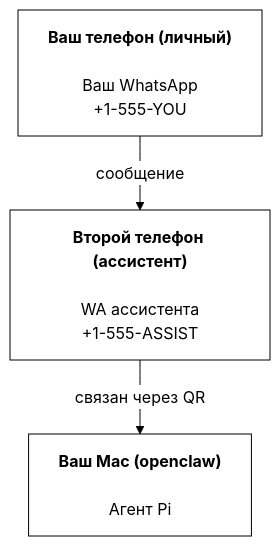
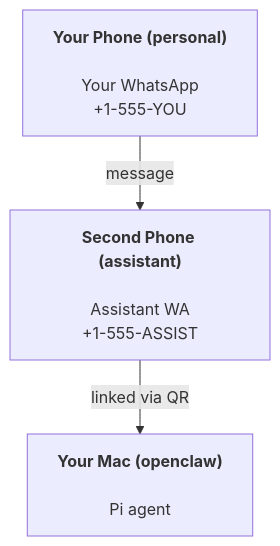
Before and after one commit to johnakelly-yahoo-com/veiseule-openclaw: the diagram in ru/start/openclaw.md, drawn with Mermaid. The commit also changed other lines of this file and 7264 other files, not shown here.

````diff
--- a/ru/start/openclaw.md
+++ b/ru/start/openclaw.md
@@ -32,21 +36,5 @@
 ```mermaid
-%%{init: {
-  'theme': 'base',
-  'themeVariables': {
-    'primaryColor': '#ffffff',
-    'primaryTextColor': '#000000',
-    'primaryBorderColor': '#000000',
-    'lineColor': '#000000',
-    'secondaryColor': '#f9f9fb',
-    'tertiaryColor': '#ffffff',
-    'clusterBkg': '#f9f9fb',
-    'clusterBorder': '#000000',
-    'nodeBorder': '#000000',
-    'mainBkg': '#ffffff',
-    'edgeLabelBackground': '#ffffff'
-  }
-}}%%
 flowchart TB
-    A["<b>Ваш телефон (личный)<br></b><br>Ваш WhatsApp<br>+1-555-YOU"] -- сообщение --> B["<b>Второй телефон (ассистент)<br></b><br>WA ассистента<br>+1-555-ASSIST"]
-    B -- связан через QR --> C["<b>Ваш Mac (openclaw)<br></b><br>Агент Pi"]
+    A["<b>Your Phone (personal)<br></b><br>Your WhatsApp<br>+1-555-YOU"] -- message --> B["<b>Second Phone (assistant)<br></b><br>Assistant WA<br>+1-555-ASSIST"]
+    B -- linked via QR --> C["<b>Your Mac (openclaw)<br></b><br>Pi agent"]
 ```
````
